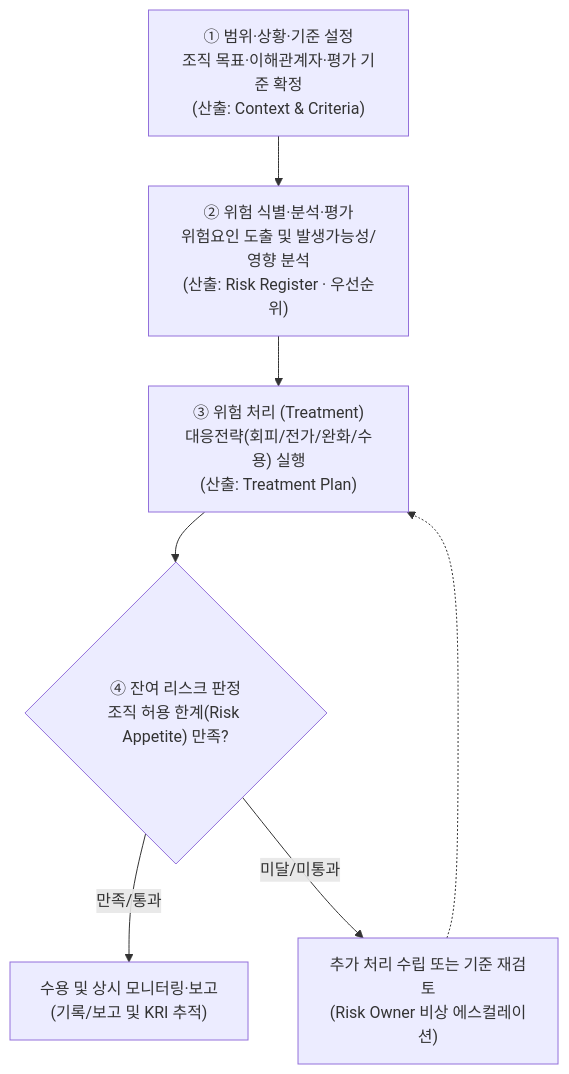
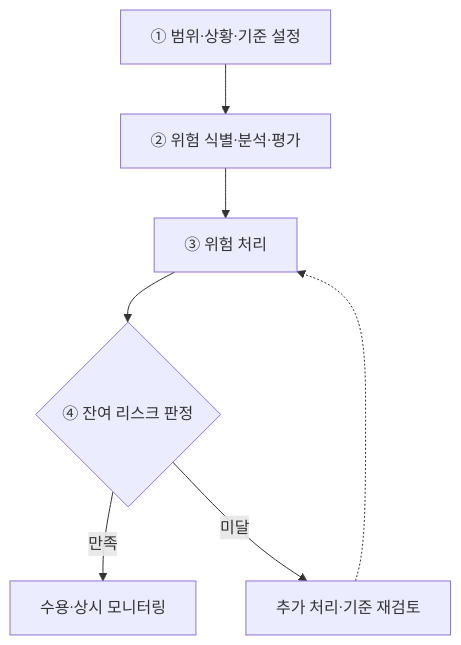
The second of 3 diagrams in src/content/docs/notes/itpe/01-it-strategy/069_iso_31000.md (agnusdei1207/study), drawn with Mermaid before and after one commit. The commit also changed other lines of this file and 19 other files, not shown here.

````diff
--- a/src/content/docs/notes/itpe/01-it-strategy/069_iso_31000.md
+++ b/src/content/docs/notes/itpe/01-it-strategy/069_iso_31000.md
@@ -101,12 +101,8 @@
 ```mermaid
 flowchart TD
-    S1["① 범위·상황·기준 설정<br/>조직 목표·이해관계자·평가 기준 확정<br/>(산출: Context & Criteria)"]
-    S2["② 위험 식별·분석·평가<br/>위험요인 도출 및 발생가능성/영향 분석<br/>(산출: Risk Register · 우선순위)"]
-    S3["③ 위험 처리 (Treatment)<br/>대응전략(회피/전가/완화/수용) 실행<br/>(산출: Treatment Plan)"]
-    S4{"④ 잔여 리스크 판정<br/>조직 허용 한계(Risk Appetite) 만족?"}
+    S1["① 범위·상황·기준 설정"] --> S2["② 위험 식별·분석·평가"] --> S3["③ 위험 처리"] --> S4{"④ 잔여 리스크 판정"}
 
-    S1 --> S2 --> S3 --> S4
-    S4 -->|만족/통과| P_PASS["수용 및 상시 모니터링·보고<br/>(기록/보고 및 KRI 추적)"]
-    S4 -->|미달/미통과| P_FAIL["추가 처리 수립 또는 기준 재검토<br/>(Risk Owner 비상 에스컬레이션)"]
+    S4 -->|만족| P_PASS["수용·상시 모니터링"]
+    S4 -->|미달| P_FAIL["추가 처리·기준 재검토"]
     P_FAIL -.-> S3
 ```
````
